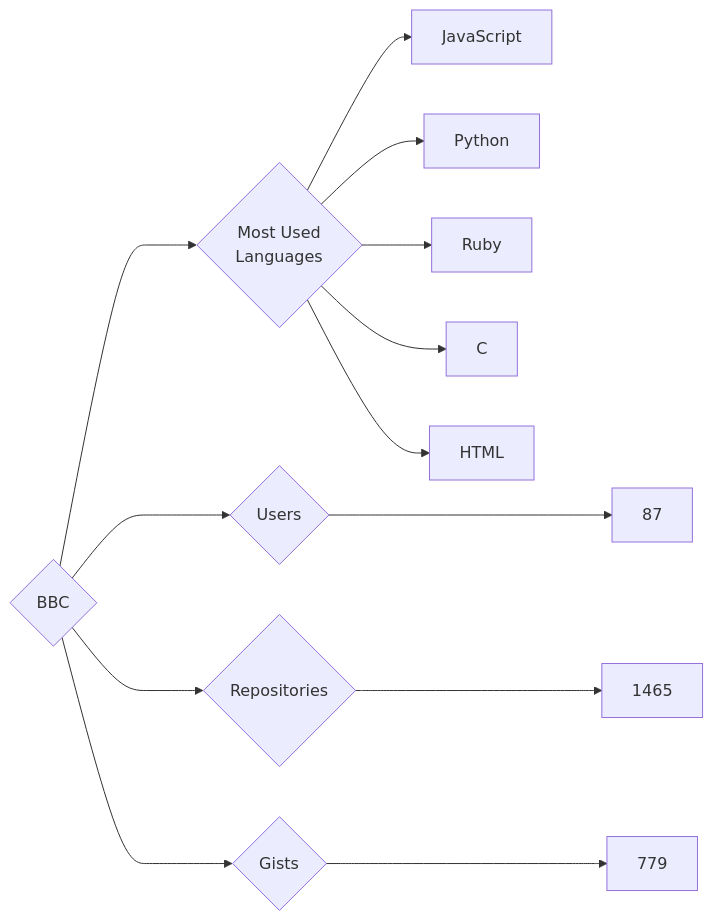
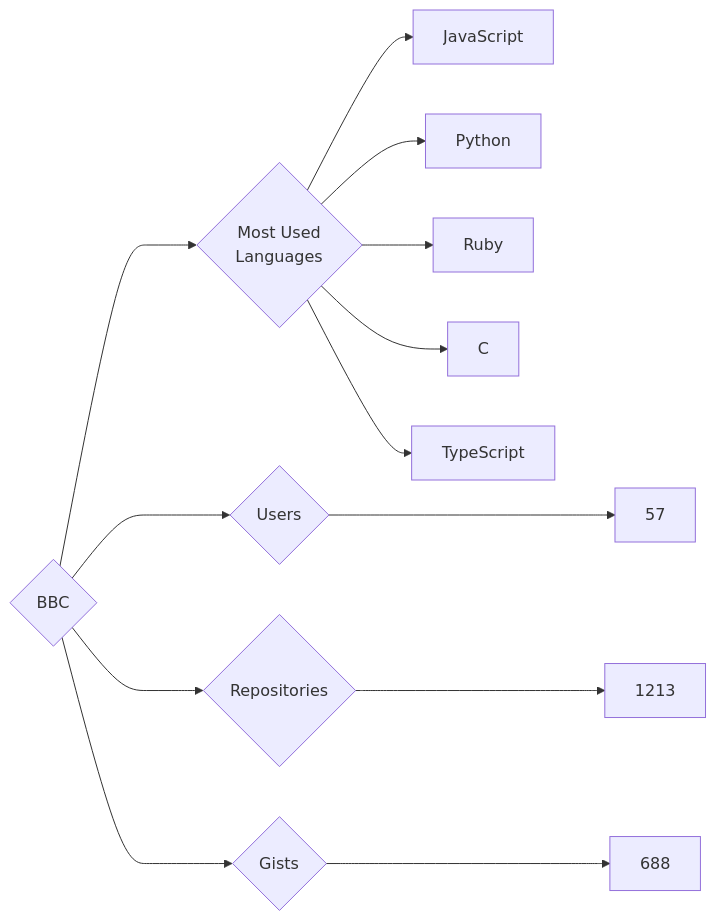
Before and after one commit to trickest/insiders: the diagram in targets/BBC/README.md, drawn with Mermaid. The commit also changed 914 other files, not shown here.

````diff
--- a/targets/BBC/README.md
+++ b/targets/BBC/README.md
@@ -3,13 +3,13 @@
 ```mermaid
 graph LR
 COMPANY_NAME{BBC}
-COMPANY_NAME ---> U{Users} ---> UN[87]
-COMPANY_NAME ---> R{Repositories} ---> RN[1465]
-COMPANY_NAME ---> G{Gists} ---> GN[779]
+COMPANY_NAME ---> U{Users} ---> UN[57]
+COMPANY_NAME ---> R{Repositories} ---> RN[1213]
+COMPANY_NAME ---> G{Gists} ---> GN[688]
 COMPANY_NAME ---> ML{Most Used<br>Languages}
 ML --> JavaScript[JavaScript]
 ML --> Python[Python]
 ML --> Ruby[Ruby]
 ML --> C[C]
-ML --> HTML[HTML]
+ML --> TypeScript[TypeScript]
 ```
````
